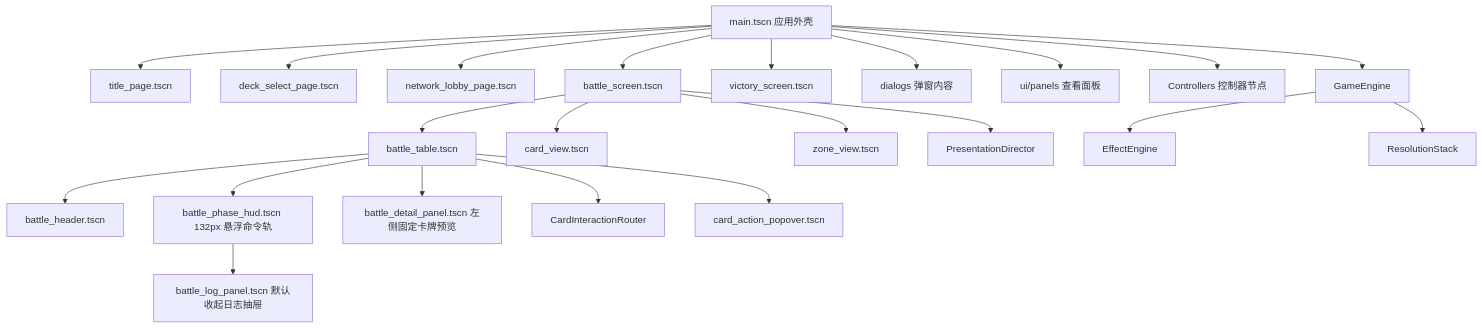
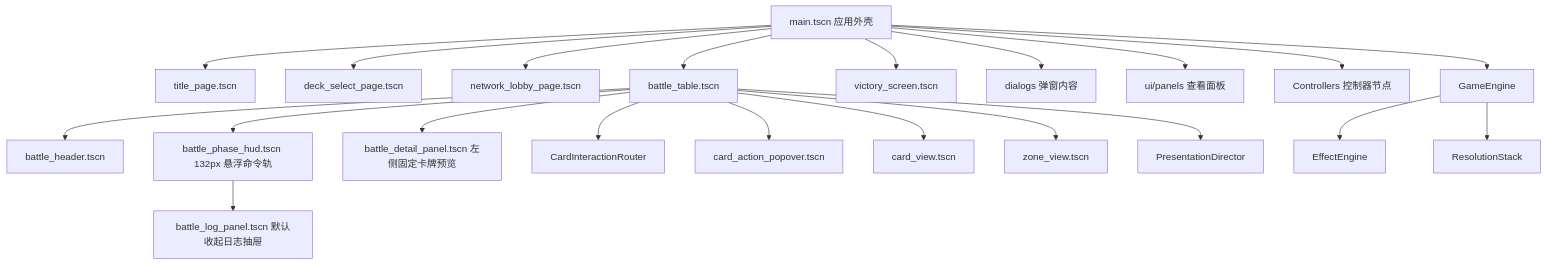
The first of 3 diagrams in docs/GODOT_DEVELOPMENT_GUIDE.md (Endnight-ZHW/PokemonTCG), drawn with Mermaid before and after one commit. The commit also changed other lines of this file and 156 other files, not shown here.

````diff
--- a/docs/GODOT_DEVELOPMENT_GUIDE.md
+++ b/docs/GODOT_DEVELOPMENT_GUIDE.md
@@ -76,24 +76,23 @@
 ```mermaid
 flowchart TD
     Main[main.tscn 应用外壳] --> Title[title_page.tscn]
     Main --> Decks[deck_select_page.tscn]
     Main --> Network[network_lobby_page.tscn]
-    Main --> Battle[battle_screen.tscn]
+    Main --> Battle[battle_table.tscn]
     Main --> Victory[victory_screen.tscn]
     Main --> Dialogs[dialogs 弹窗内容]
     Main --> Panels[ui/panels 查看面板]
     Main --> Controllers[Controllers 控制器节点]
-    Battle --> Table[battle_table.tscn]
-    Table --> Header[battle_header.tscn]
-    Table --> HUD[battle_phase_hud.tscn 132px 悬浮命令轨]
+    Battle --> Header[battle_header.tscn]
+    Battle --> HUD[battle_phase_hud.tscn 132px 悬浮命令轨]
     HUD --> Log[battle_log_panel.tscn 默认收起日志抽屉]
-    Table --> Detail[battle_detail_panel.tscn 左侧固定卡牌预览]
-    Table --> Router[CardInteractionRouter]
-    Table --> Popover[card_action_popover.tscn]
+    Battle --> Detail[battle_detail_panel.tscn 左侧固定卡牌预览]
+    Battle --> Router[CardInteractionRouter]
+    Battle --> Popover[card_action_popover.tscn]
     Battle --> Card[card_view.tscn]
     Battle --> Zone[zone_view.tscn]
     Battle --> Presentation[PresentationDirector]
     Main --> Engine[GameEngine]
     Engine --> Effects[EffectEngine]
     Engine --> Stack[ResolutionStack]
 ```
````
